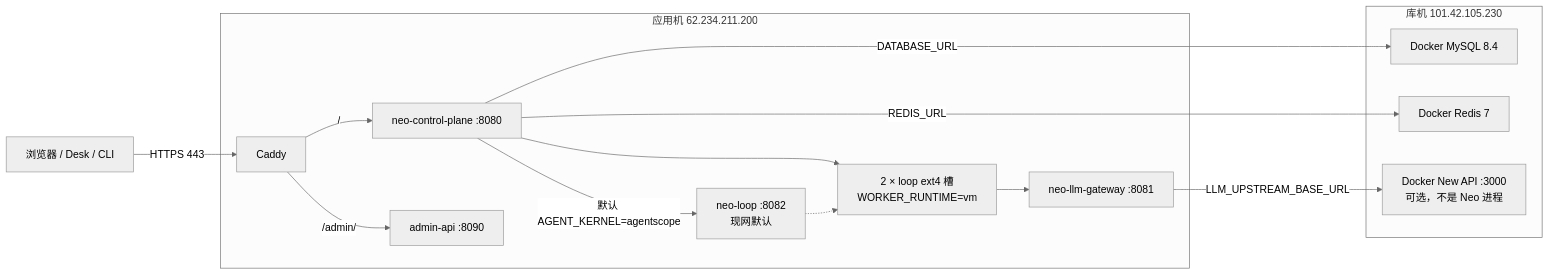
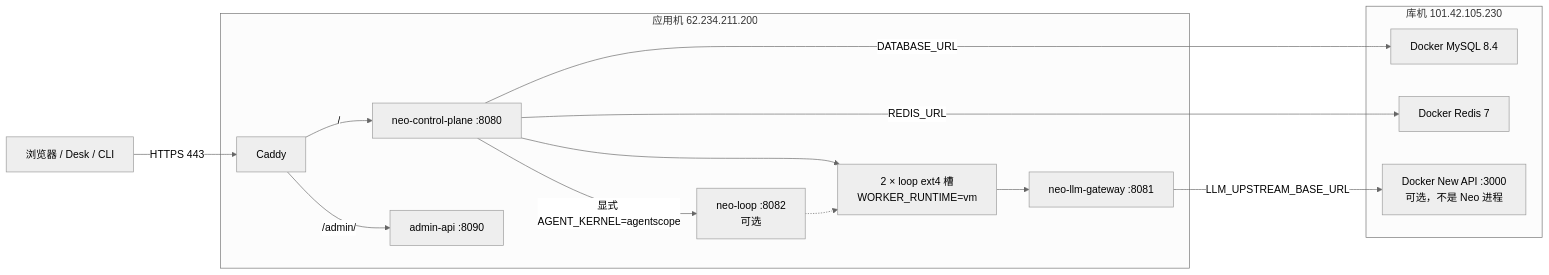
The second of 4 diagrams in docs/architecture-overview.md (Neo2Agent/neo-cloud-agent), drawn with Mermaid (neutral theme) before and after one commit. The commit also changed other lines of this file and 18 other files, not shown here.

First line of the commit message:
fix: default agent kernel back to pi

````diff
--- a/docs/architecture-overview.md
+++ b/docs/architecture-overview.md
@@ -191,29 +191,29 @@
 ```mermaid
 flowchart LR
   User["浏览器 / Desk / CLI"] -->|"HTTPS 443"| Caddy
 
   subgraph app [应用机 62.234.211.200]
     Caddy["Caddy"]
     CP["neo-control-plane :8080"]
     GW["neo-llm-gateway :8081"]
     Admin["admin-api :8090"]
-    Loop["neo-loop :8082\n现网默认"]
+    Loop["neo-loop :8082\n可选"]
     Slots["2 × loop ext4 槽\nWORKER_RUNTIME=vm"]
     Caddy -->|"/"| CP
     Caddy -->|"/admin/"| Admin
     CP --> Slots
     Slots --> GW
-    CP -->|"默认 AGENT_KERNEL=agentscope"| Loop
+    CP -->|"显式 AGENT_KERNEL=agentscope"| Loop
     Loop -.-> Slots
   end
 
   subgraph db [库机 101.42.105.230]
     MySQL["Docker MySQL 8.4"]
     Redis["Docker Redis 7"]
     NewAPI["Docker New API :3000\n可选，不是 Neo 进程"]
   end
 
   CP -->|"DATABASE_URL"| MySQL
   CP -->|"REDIS_URL"| Redis
   GW -->|"LLM_UPSTREAM_BASE_URL"| NewAPI
 ```
````
